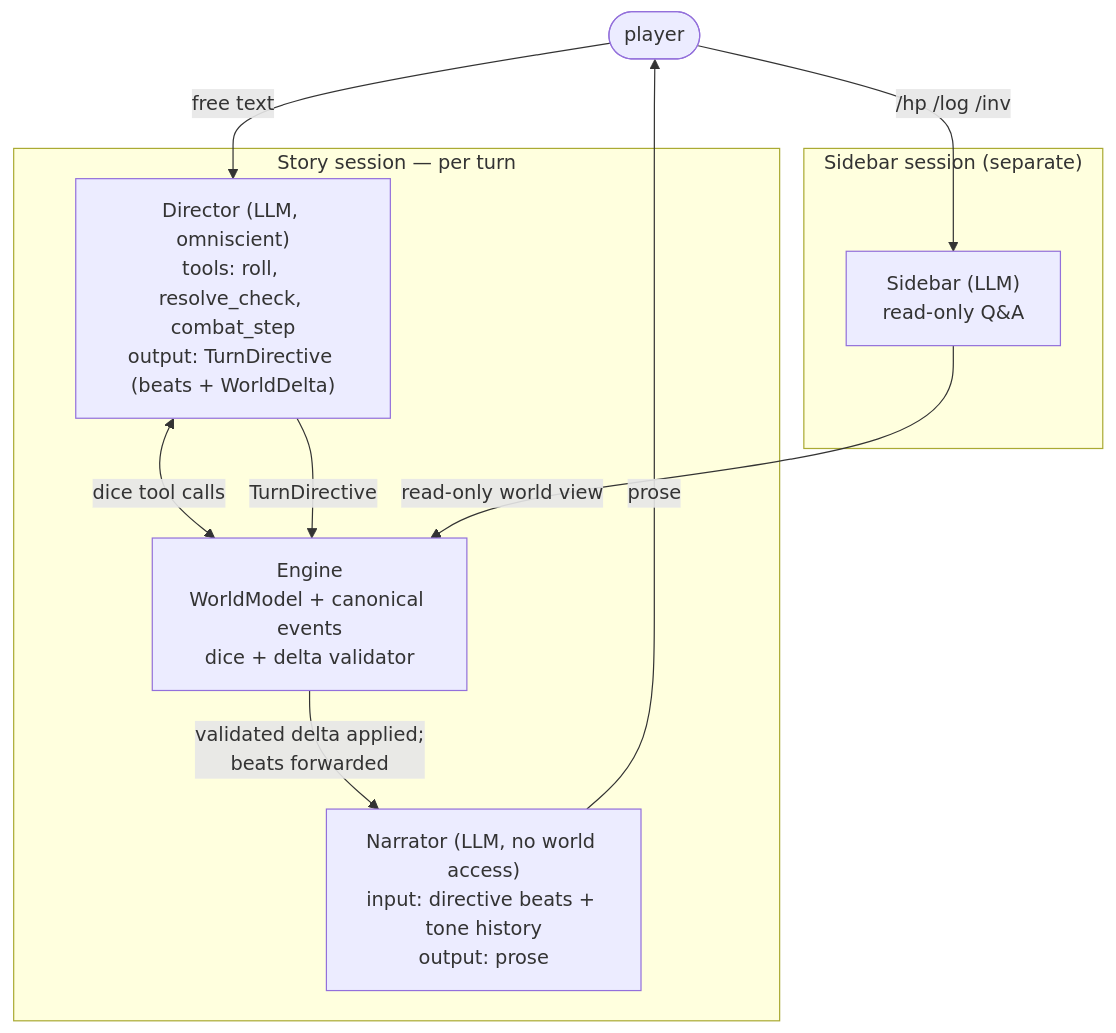
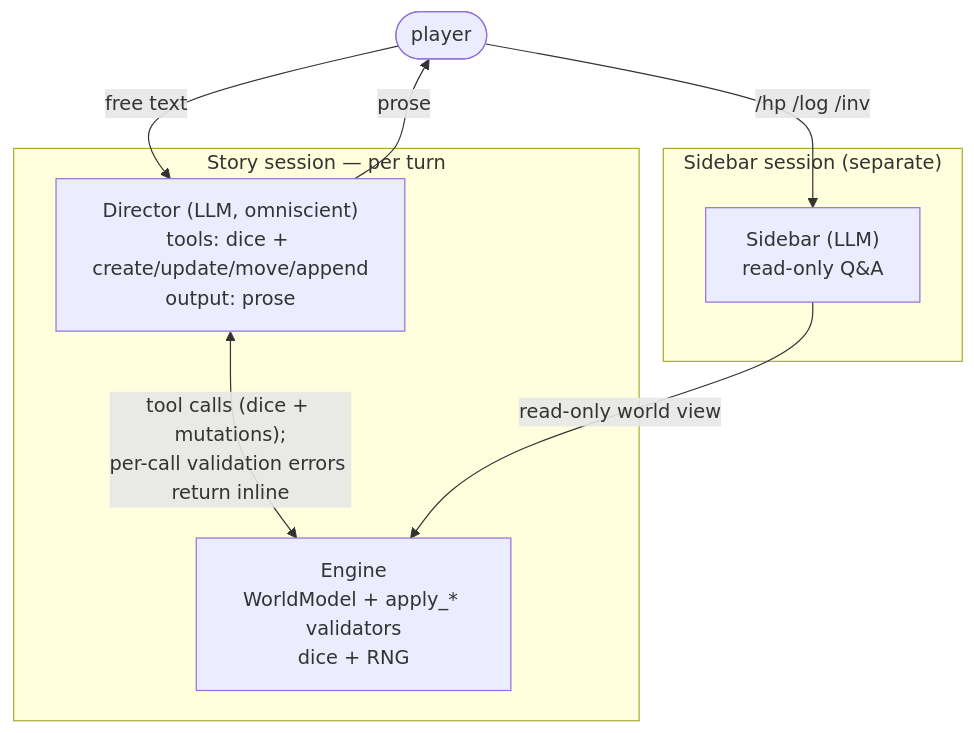
The diagram in plan/PLAN.md (yikerman/autodnd), drawn with Mermaid before and after one commit. The commit also changed other lines of this file and 27 other files, not shown here.

Commit message:
design change: simplify to one agent and discrete tool calls

````diff
--- a/plan/PLAN.md
+++ b/plan/PLAN.md
@@ -19,23 +16,20 @@
 ```mermaid
 flowchart TB
     Player([player])
 
     subgraph Story["Story session — per turn"]
-        Director["Director (LLM, omniscient)<br/>tools: roll, resolve_check, combat_step<br/>output: TurnDirective (beats + WorldDelta)"]
-        Engine["Engine<br/>WorldModel + canonical events<br/>dice + delta validator"]
-        Narrator["Narrator (LLM, no world access)<br/>input: directive beats + tone history<br/>output: prose"]
+        Director["Director (LLM, omniscient)<br/>tools: dice + create/update/move/append<br/>output: prose"]
+        Engine["Engine<br/>WorldModel + apply_* validators<br/>dice + RNG"]
     end
 
     subgraph Side["Sidebar session (separate)"]
         Sidebar["Sidebar (LLM)<br/>read-only Q&A"]
     end
 
     Player -- "free text" --> Director
-    Director <-- "dice tool calls" --> Engine
-    Director -- "TurnDirective" --> Engine
-    Engine -- "validated delta applied;<br/>beats forwarded" --> Narrator
-    Narrator -- "prose" --> Player
+    Director <-- "tool calls (dice + mutations);<br/>per-call validation errors return inline" --> Engine
+    Director -- "prose" --> Player
 
     Player -- "/hp /log /inv" --> Sidebar
     Sidebar -- "read-only world view" --> Engine
 ```
````
